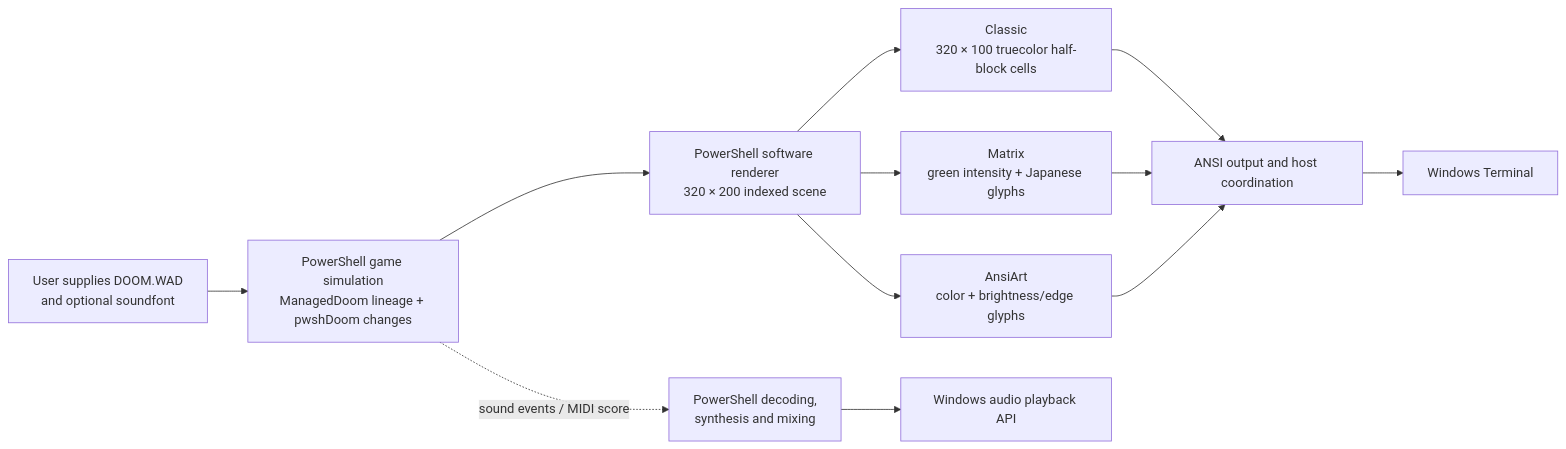
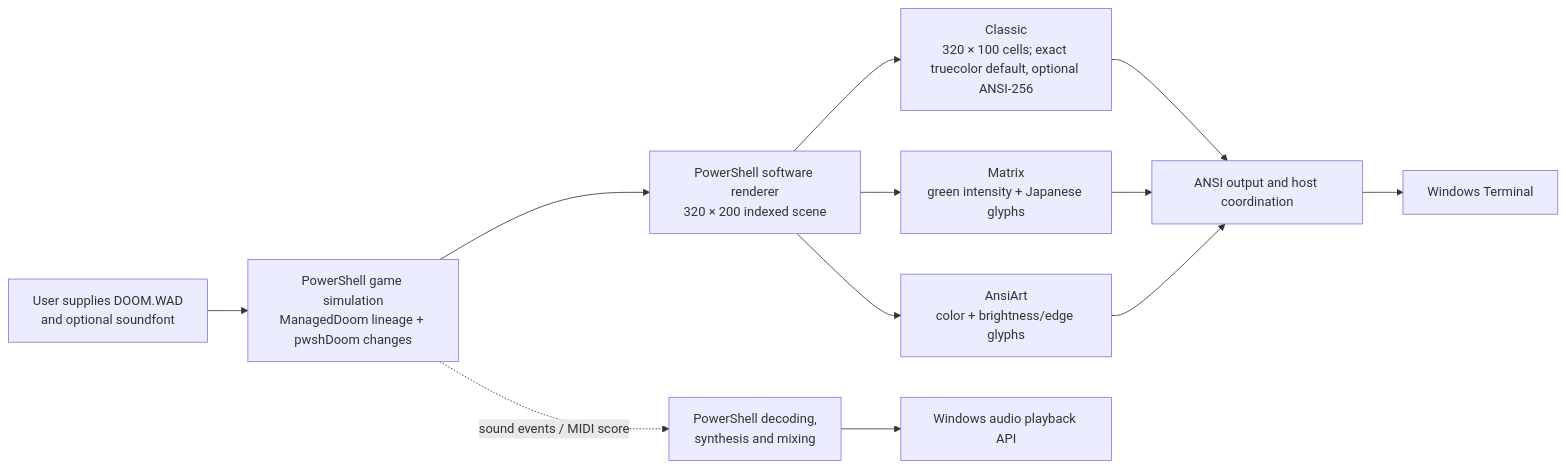
The diagram in docs/article-draft.md (jasonulbright/pwshDoom), drawn with Mermaid before and after one commit. The commit also changed other lines of this file and 2 other files, not shown here.

````diff
--- a/docs/article-draft.md
+++ b/docs/article-draft.md
@@ -15,14 +15,14 @@
 ```mermaid
 flowchart LR
     data["User supplies DOOM.WAD<br/>and optional soundfont"] --> game["PowerShell game simulation<br/>ManagedDoom lineage + pwshDoom changes"]
     game --> raster["PowerShell software renderer<br/>320 × 200 indexed scene"]
-    raster --> classic["Classic<br/>320 × 100 truecolor half-block cells"]
+    raster --> classic["Classic<br/>320 × 100 cells; exact truecolor default, optional ANSI-256"]
     raster --> matrix["Matrix<br/>green intensity + Japanese glyphs"]
     raster --> art["AnsiArt<br/>color + brightness/edge glyphs"]
     classic --> term["ANSI output and host coordination"]
     matrix --> term
     art --> term
     term --> wt["Windows Terminal"]
     game -. "sound events / MIDI score" .-> mix["PowerShell decoding,<br/>synthesis and mixing"]
     mix --> audio["Windows audio playback API"]
 ```
````
